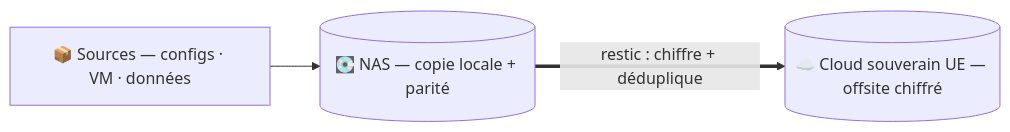
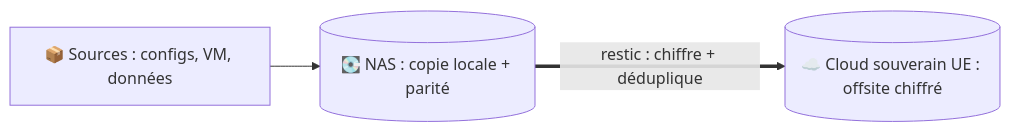
Before and after one commit to Dam0rt/homelab-public: the fourth of 4 diagrams in schemas.md, drawn with Mermaid. The commit also changed other lines of this file and 16 other files, not shown here.

````diff
--- a/schemas.md
+++ b/schemas.md
@@ -67,8 +67,8 @@
 ```mermaid
 flowchart LR
-    SRC["📦 Sources — configs · VM · données"]
-    HUB[("💽 NAS — copie locale + parité")]
-    OFF[("☁️ Cloud souverain UE — offsite chiffré")]
+    SRC["📦 Sources : configs, VM, données"]
+    HUB[("💽 NAS : copie locale + parité")]
+    OFF[("☁️ Cloud souverain UE : offsite chiffré")]
     SRC --> HUB
     HUB ==>|restic : chiffre + déduplique| OFF
 ```
````
